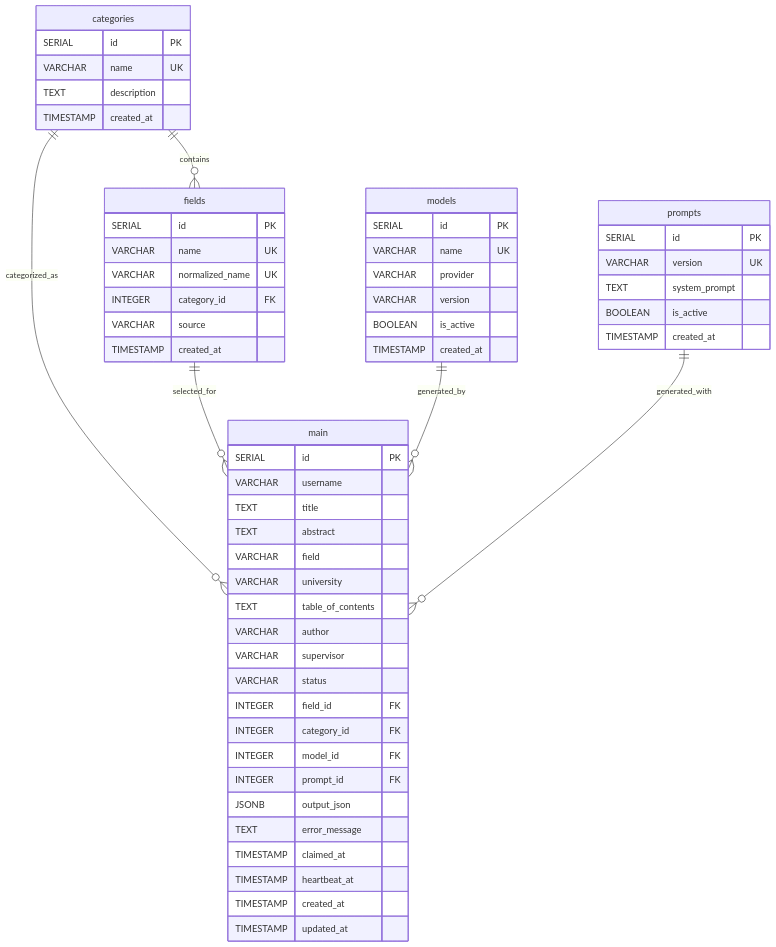
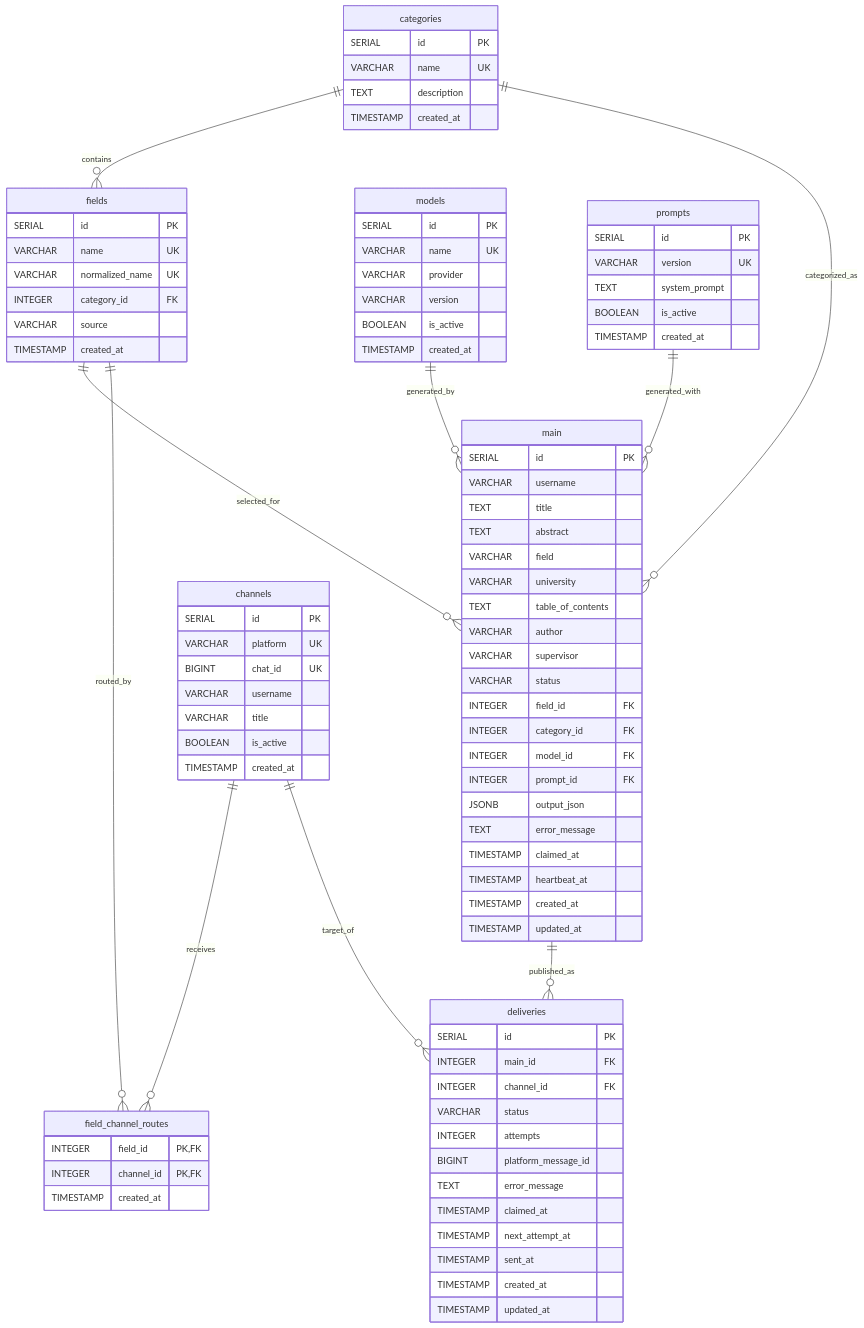
Before and after one commit to MohadeseAnsari/project: the diagram in docs/erd.md, drawn with Mermaid. The commit also changed other lines of this file and 16 other files, not shown here.

````diff
--- a/docs/erd.md
+++ b/docs/erd.md
@@ -7,6 +7,10 @@
     fields ||--o{ main : "selected_for"
     models ||--o{ main : "generated_by"
     prompts ||--o{ main : "generated_with"
+    fields ||--o{ field_channel_routes : "routed_by"
+    channels ||--o{ field_channel_routes : "receives"
+    channels ||--o{ deliveries : "target_of"
+    main ||--o{ deliveries : "published_as"
 
     categories {
         SERIAL id PK
@@ -63,4 +67,35 @@
         TIMESTAMP created_at
         TIMESTAMP updated_at
     }
+
+    channels {
+        SERIAL id PK
+        VARCHAR platform UK
+        BIGINT chat_id UK
+        VARCHAR username
+        VARCHAR title
+        BOOLEAN is_active
+        TIMESTAMP created_at
+    }
+
+    field_channel_routes {
+        INTEGER field_id PK,FK
+        INTEGER channel_id PK,FK
+        TIMESTAMP created_at
+    }
+
+    deliveries {
+        SERIAL id PK
+        INTEGER main_id FK
+        INTEGER channel_id FK
+        VARCHAR status
+        INTEGER attempts
+        BIGINT platform_message_id
+        TEXT error_message
+        TIMESTAMP claimed_at
+        TIMESTAMP next_attempt_at
+        TIMESTAMP sent_at
+        TIMESTAMP created_at
+        TIMESTAMP updated_at
+    }
 ```
````
